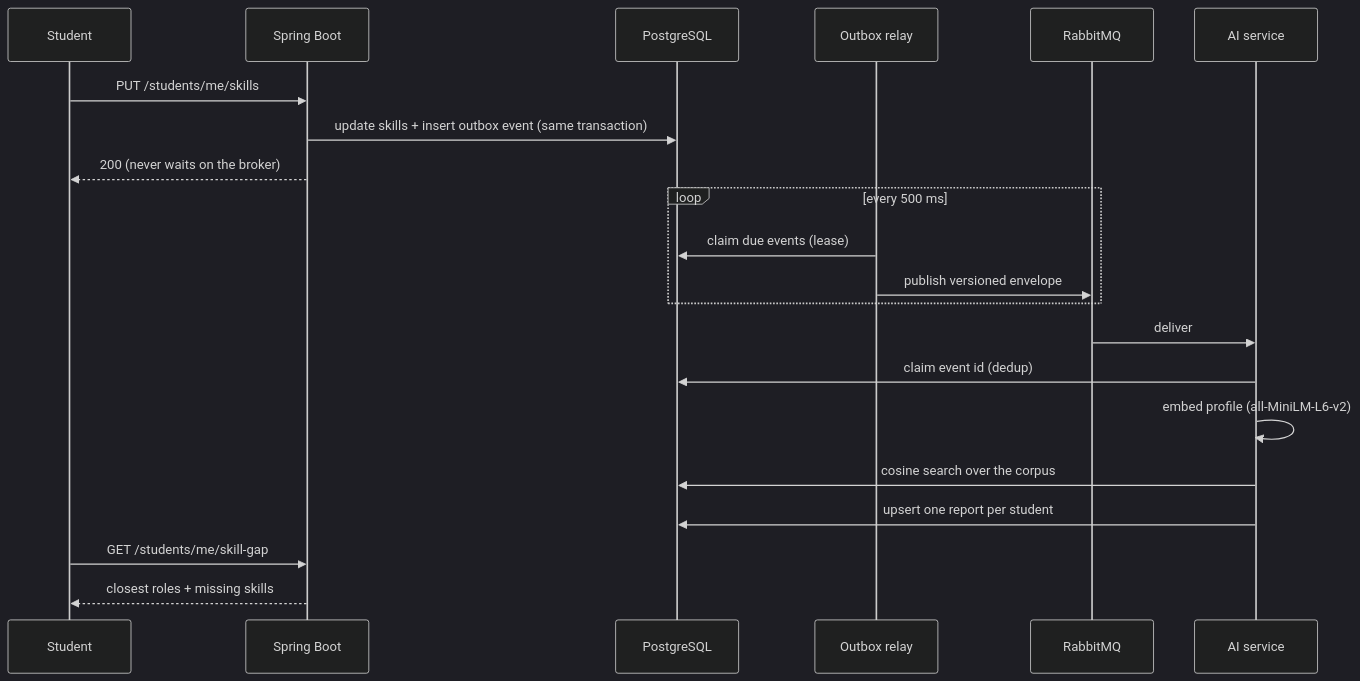
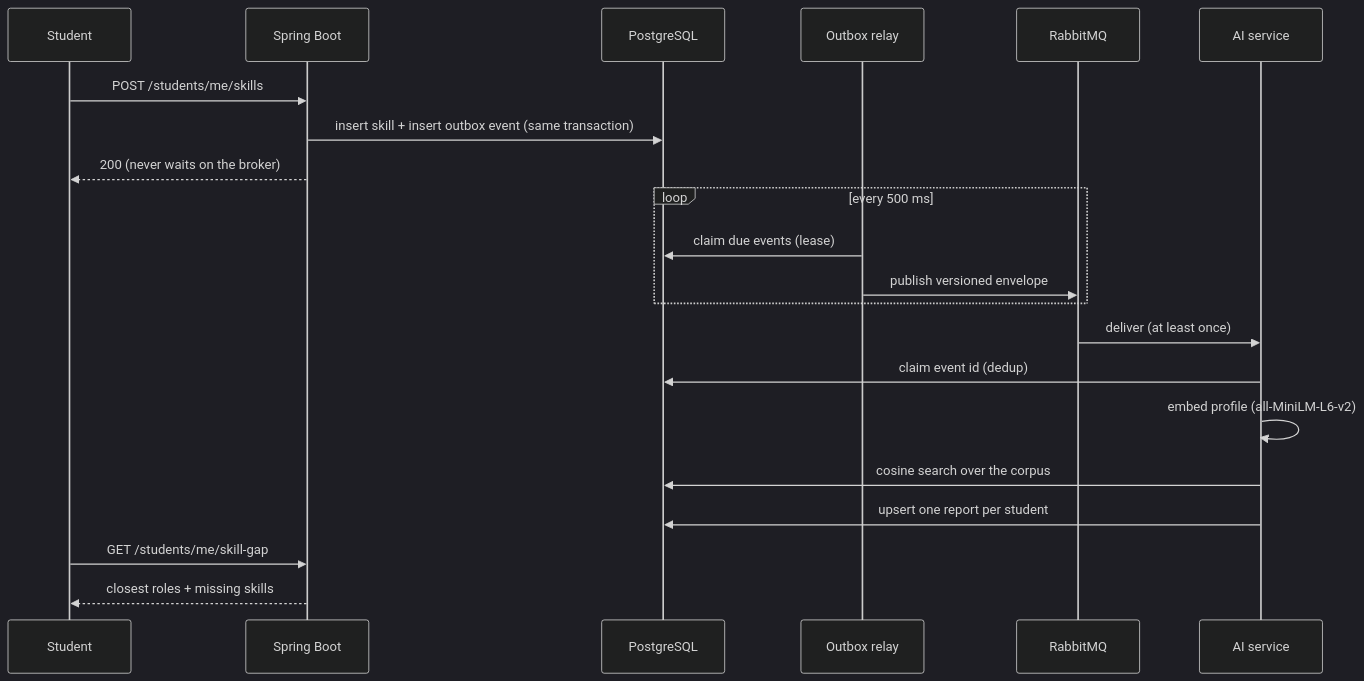
One commit to NandaKishore2424/SkillBridgeV2 changed the second of 2 diagrams in README.md. Above: the diagram before and after it, drawn with Mermaid (dark theme). The commit also changed other lines of this file, not shown here.

````diff
--- a/README.md
+++ b/README.md
@@ -57,24 +75,24 @@
 ```mermaid
 sequenceDiagram
     participant S as Student
     participant API as Spring Boot
     participant DB as PostgreSQL
     participant R as Outbox relay
     participant MQ as RabbitMQ
     participant AI as AI service
 
-    S->>API: PUT /students/me/skills
-    API->>DB: update skills + insert outbox event (same transaction)
+    S->>API: POST /students/me/skills
+    API->>DB: insert skill + insert outbox event (same transaction)
     API-->>S: 200 (never waits on the broker)
     loop every 500 ms
         R->>DB: claim due events (lease)
         R->>MQ: publish versioned envelope
     end
-    MQ->>AI: deliver
+    MQ->>AI: deliver (at least once)
     AI->>DB: claim event id (dedup)
     AI->>AI: embed profile (all-MiniLM-L6-v2)
     AI->>DB: cosine search over the corpus
     AI->>DB: upsert one report per student
     S->>API: GET /students/me/skill-gap
     API-->>S: closest roles + missing skills
 ```
````
